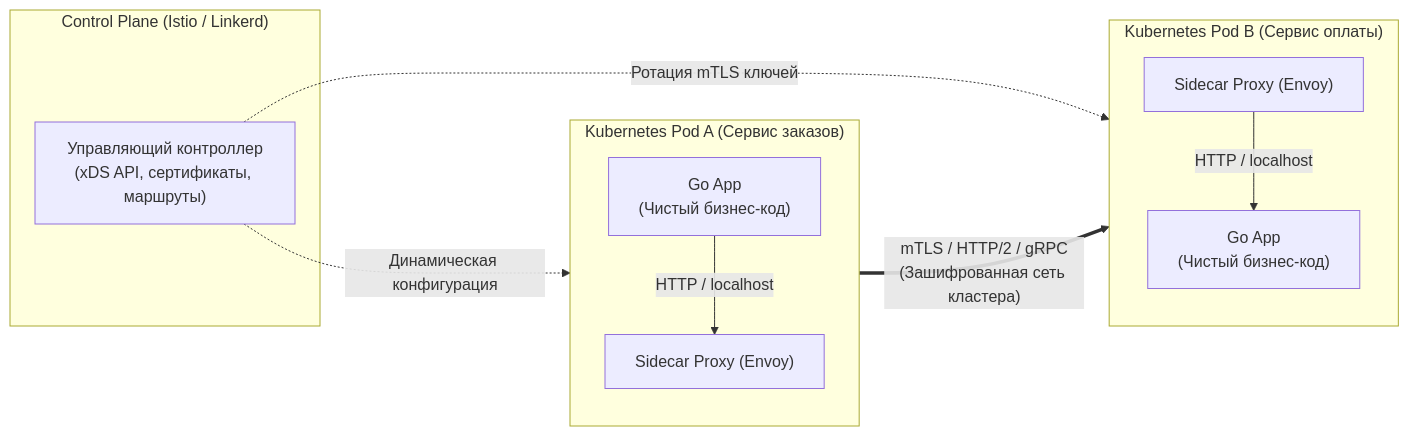
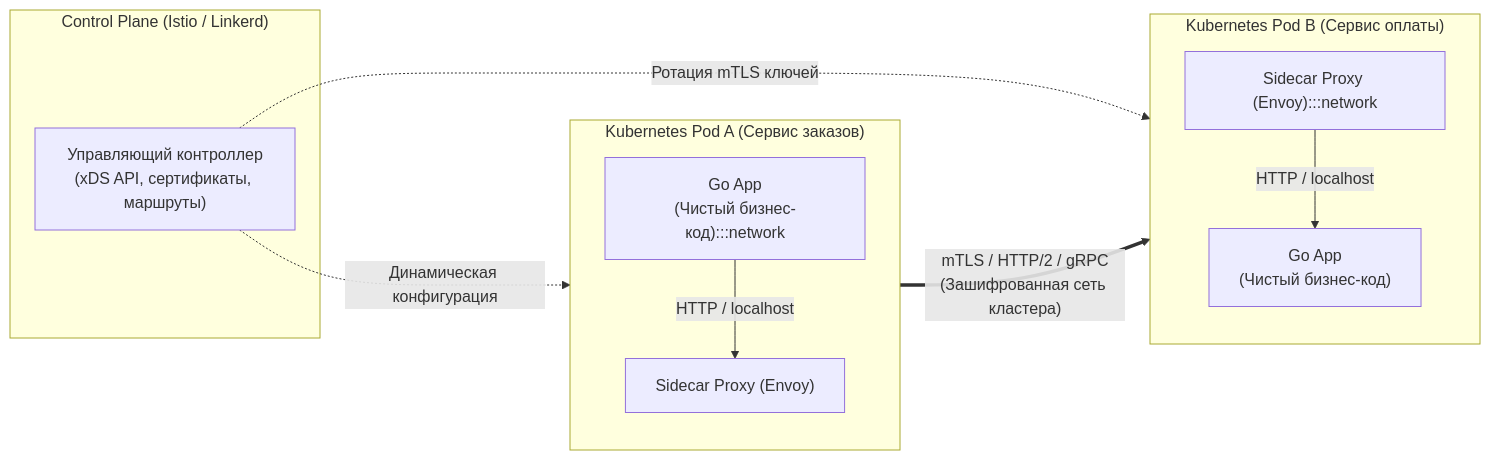
Before and after one commit to UnrealTemplier/go-textbook: the first of 2 diagrams in sources/14. Распределенные системы на Go/06. Сеть/1. Service mesh.md, drawn with Mermaid. The commit also changed 1666 other files, not shown here.

First line of the commit message:
feat(mermaid): add semantic color classDef to 1369 colorless flowchart/graph diagrams

````diff
--- a/sources/14. Распределенные системы на Go/06. Сеть/1. Service mesh.md
+++ b/sources/14. Распределенные системы на Go/06. Сеть/1. Service mesh.md
@@ -16,21 +16,31 @@
 ```mermaid
 flowchart LR
+    classDef process  fill:#1e293b,stroke:#38bdf8,stroke-width:1px,color:#f8fafc
+    classDef success  fill:#064e3b,stroke:#34d399,stroke-width:1px,color:#f8fafc
+    classDef error    fill:#7f1d1d,stroke:#f87171,stroke-width:1px,color:#f8fafc
+    classDef warning  fill:#78350f,stroke:#fbbf24,stroke-width:1px,color:#f8fafc
+    classDef entry    fill:#1e3a5f,stroke:#38bdf8,stroke-width:2px,color:#f8fafc
+    classDef aux      fill:#334155,stroke:#64748b,stroke-width:1px,color:#f8fafc
+    classDef system   fill:#312e81,stroke:#a78bfa,stroke-width:1px,color:#f8fafc
+    classDef data     fill:#132d29,stroke:#2dd4bf,stroke-width:1px,color:#f8fafc
+    classDef network  fill:#881337,stroke:#fb7185,stroke-width:1px,color:#f8fafc
+    classDef accent   fill:#1e1b4b,stroke:#818cf8,stroke-width:1px,color:#f8fafc
     subgraph PodA["Kubernetes Pod A (Сервис заказов)"]
         direction TB
-        AppA["Go App<br/>(Чистый бизнес-код)"] -->|"HTTP / localhost"| ProxyA["Sidecar Proxy (Envoy)"]
+        AppA["Go App<br/>(Чистый бизнес-код):::network"] -->|"HTTP / localhost"| ProxyA["Sidecar Proxy (Envoy)"]
     end
 
     subgraph PodB["Kubernetes Pod B (Сервис оплаты)"]
         direction TB
-        ProxyB["Sidecar Proxy (Envoy)"] -->|"HTTP / localhost"| AppB["Go App<br/>(Чистый бизнес-код)"]
+        ProxyB["Sidecar Proxy (Envoy):::network"] -->|"HTTP / localhost"| AppB["Go App<br/>(Чистый бизнес-код)"]
     end
 
     ProxyA ==>|"mTLS / HTTP/2 / gRPC<br/>(Зашифрованная сеть кластера)"| ProxyB
 
     subgraph ControlPlane["Control Plane (Istio / Linkerd)"]
         CP["Управляющий контроллер<br/>(xDS API, сертификаты, маршруты)"]
     end
 
     CP -.->|"Динамическая конфигурация"| ProxyA
     CP -.->|"Ротация mTLS ключей"| ProxyB
 ```
````
